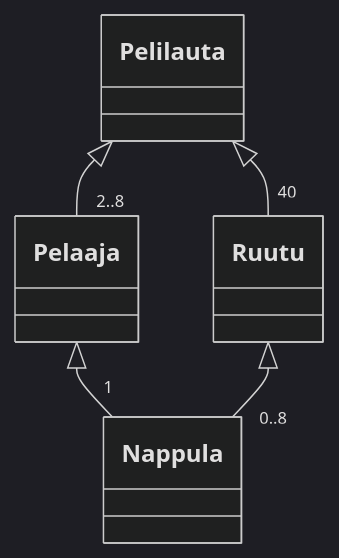
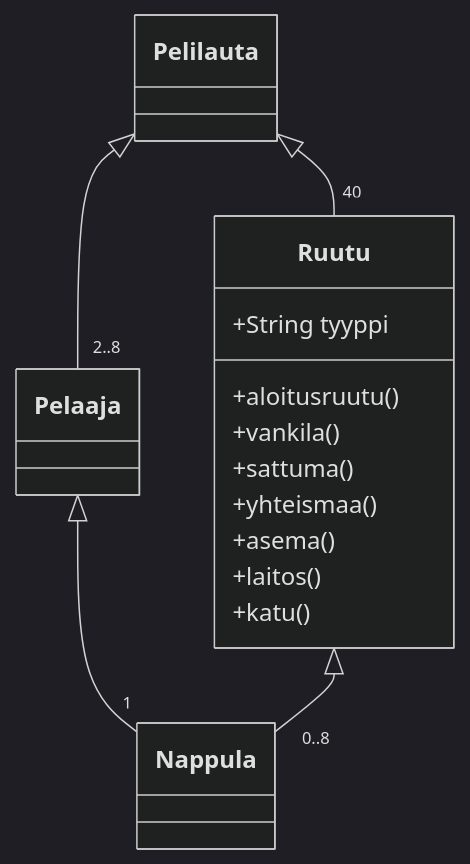
One commit to tapsamies/ot-harjoitustyo changed the diagram in laskarit/viikko3/luokkkakaavio.md. Above: the diagram before and after it, drawn with Mermaid (dark theme).

````diff
--- a/laskarit/viikko3/luokkkakaavio.md
+++ b/laskarit/viikko3/luokkkakaavio.md
@@ -1,20 +1,30 @@
 ```mermaid
 classDiagram
 	Pelilauta <|-- "40" Ruutu
 	Pelaaja <|-- "1" Nappula
 	Ruutu <|-- "0..8" Nappula
 	Pelilauta <|-- "2..8" Pelaaja
+	class Ruutu{
+		+String tyyppi
+		+aloitusruutu()
+		+vankila()
+		+sattuma()
+		+yhteismaa()
+		+asema()
+		+laitos()
+		+katu()
 	
+	}
 	
 
 
 
 
 
 
 
 
 
 
 
 ```
````
